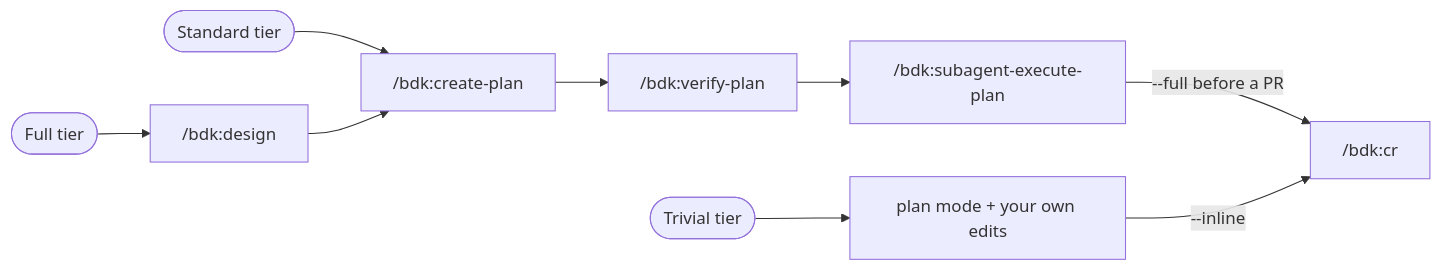
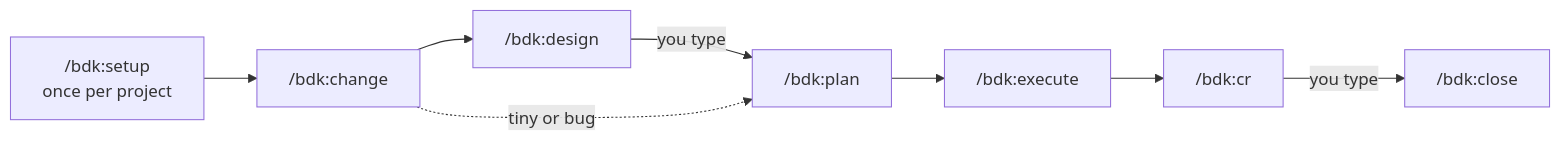
One commit to broneq/bdk changed the diagram in docs/guide/index.md. Above: the diagram before and after it, drawn with Mermaid. The commit also changed other lines of this file and 32 other files, not shown here.

````diff
--- a/docs/guide/index.md
+++ b/docs/guide/index.md
@@ -32,11 +49,10 @@
 ```mermaid
 flowchart LR
-    Full(["Full tier"]) --> D["/bdk:design"]
-    Std(["Standard tier"]) --> P["/bdk:create-plan"]
-    Triv(["Trivial tier"]) --> E["plan mode + your own edits"]
-    D --> P
-    P --> V["/bdk:verify-plan"]
-    V --> X["/bdk:subagent-execute-plan"]
-    X -->|"--full before a PR"| CR["/bdk:cr"]
-    E -->|"--inline"| CR
+    S["/bdk:setup<br/>once per project"] --> C["/bdk:change"]
+    C --> D["/bdk:design"]
+    D -->|"you type"| P["/bdk:plan"]
+    P --> X["/bdk:execute"]
+    X --> R["/bdk:cr"]
+    R -->|"you type"| Z["/bdk:close"]
+    C -. "tiny or bug" .-> P
 ```
````
